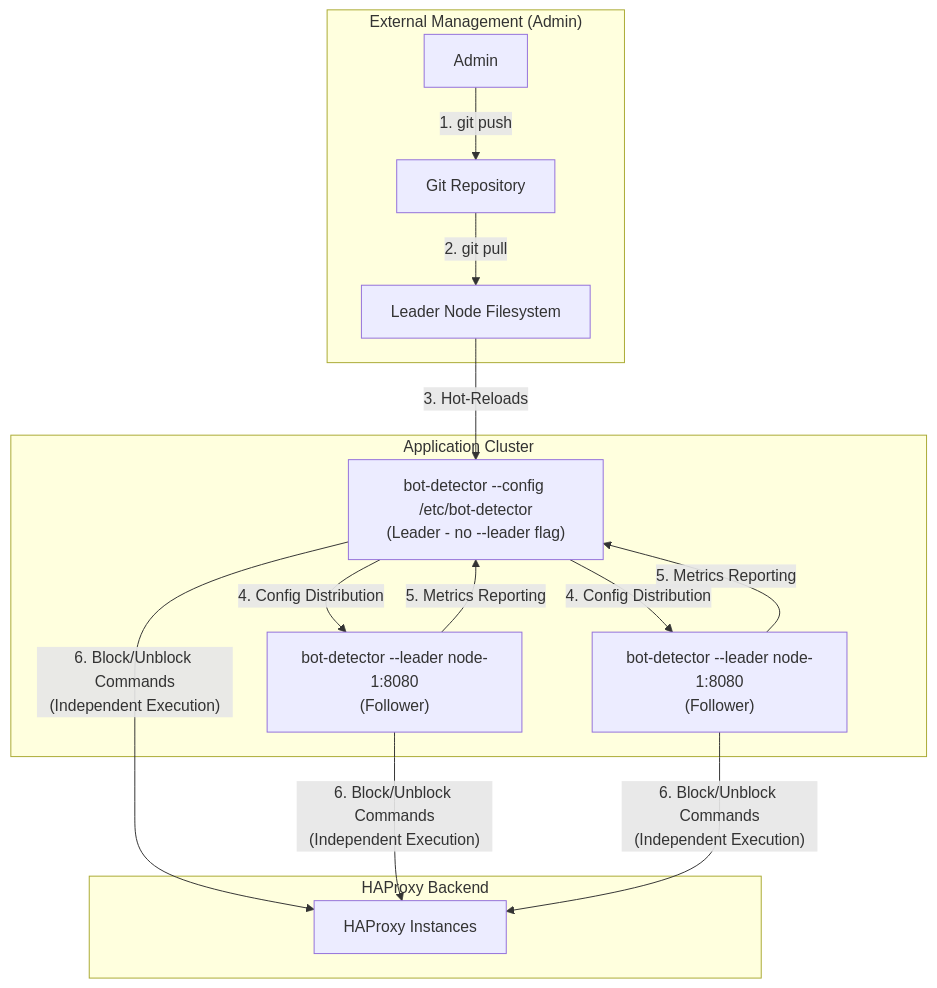
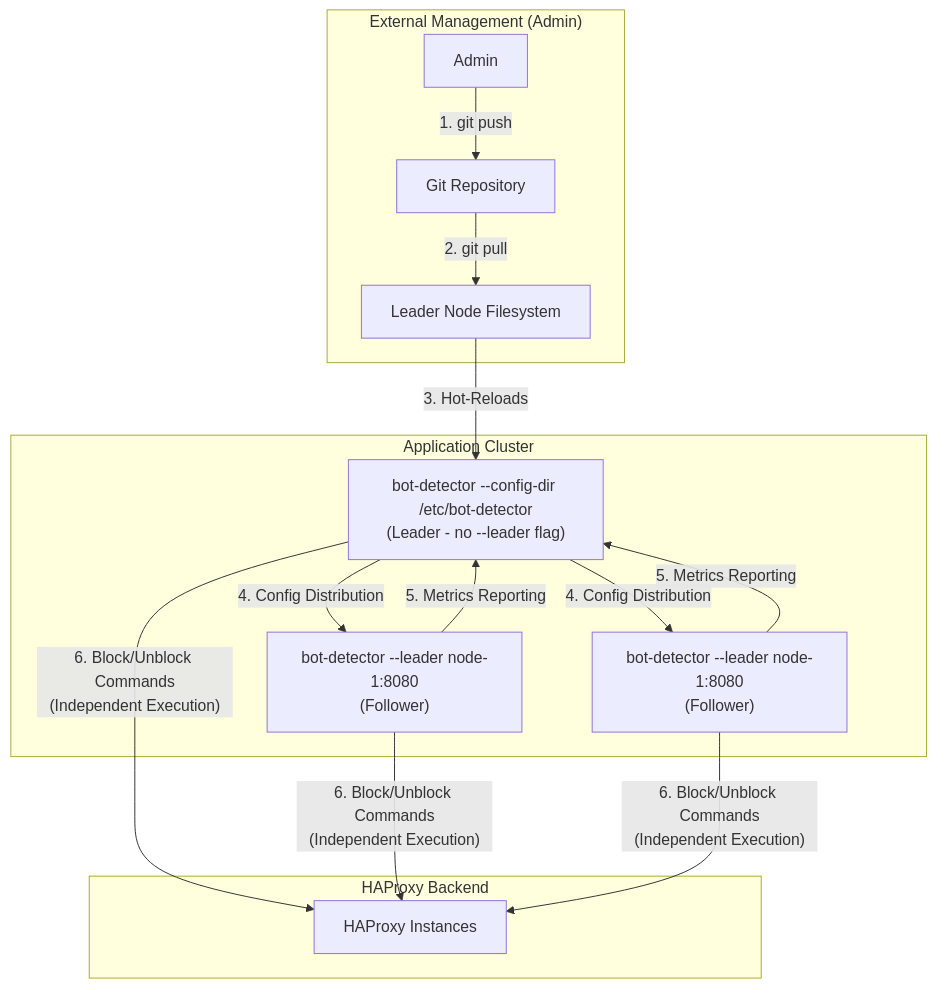
The first of 3 diagrams in docs/ClusterConfiguration.md (metabrainz/bot-detector), drawn with Mermaid before and after one commit. The commit also changed other lines of this file and 8 other files, not shown here.

Commit message:
--config -> --config-dir

````diff
--- a/docs/ClusterConfiguration.md
+++ b/docs/ClusterConfiguration.md
@@ -25,24 +25,24 @@
 ```mermaid
 graph TD
     subgraph "External Management (Admin)"
         A["Git Repository"]
         B["Admin"]
         B -- "1. git push" --> A
         A -- "2. git pull" --> C["Leader Node Filesystem"]
     end
 
     subgraph "Application Cluster"
-        D["bot-detector --config /etc/bot-detector<br/>(Leader - no --leader flag)"]
+        D["bot-detector --config-dir /etc/bot-detector<br/>(Leader - no --leader flag)"]
         E["bot-detector --leader node-1:8080<br/>(Follower)"]
         F["bot-detector --leader node-1:8080<br/>(Follower)"]
 
         C -- "3. Hot-Reloads" --> D
         D -- "4. Config Distribution" --> E & F
         E & F -- "5. Metrics Reporting" --> D
     end
 
     subgraph "HAProxy Backend"
         G["HAProxy Instances"]
         D & E & F -- "6. Block/Unblock Commands<br/>(Independent Execution)" --> G
     end
 ```
````
